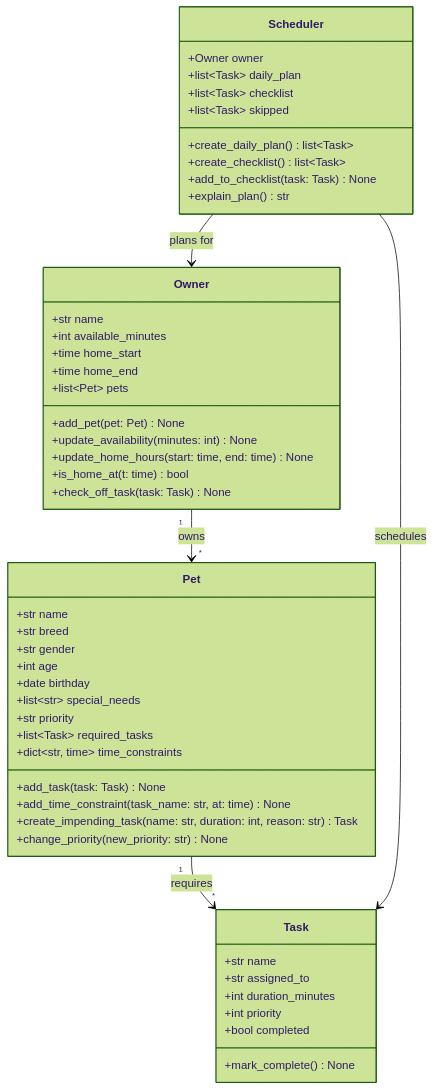
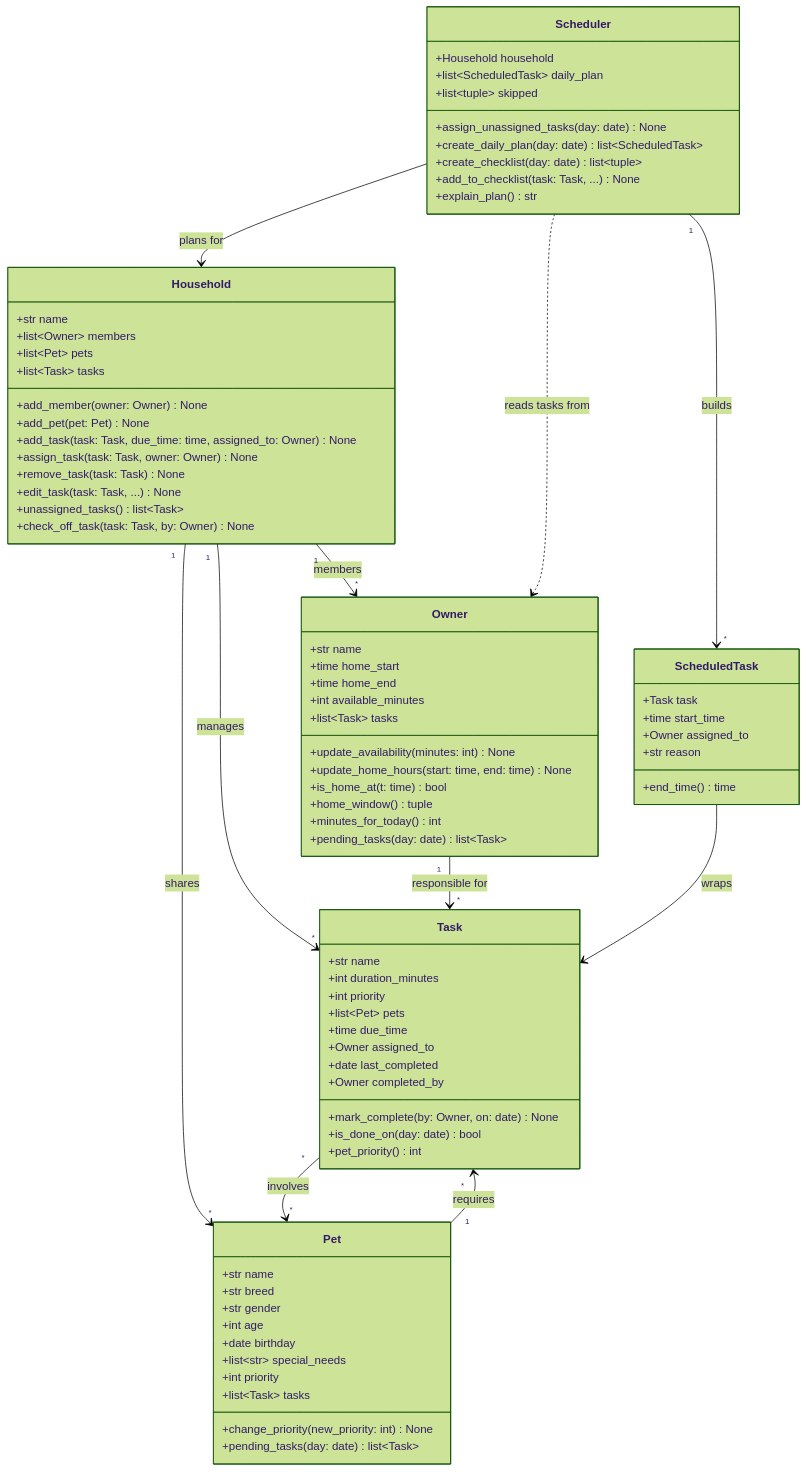
One commit to jericawan/ai110-module2show-pawpal-starter changed the diagram in diagrams/uml_draft.mmd. Above: the diagram before and after it, drawn with Mermaid (forest theme). The commit also changed 5 other files, not shown here.

```diff
--- a/diagrams/uml_draft.mmd
+++ b/diagrams/uml_draft.mmd
@@ -1,57 +1,89 @@
 classDiagram
     %% Keep this file updated so it matches your final implementation.
-    %% Task.priority: int, 1 = most important (higher number = lower priority)
+    %% Priority (Task and Pet): int, 1 = most important (higher number = lower priority)
+
+    class Household {
+        +str name
+        +list~Owner~ members
+        +list~Pet~ pets
+        +list~Task~ tasks
+        +add_member(owner: Owner) None
+        +add_pet(pet: Pet) None
+        +add_task(task: Task, due_time: time, assigned_to: Owner) None
+        +assign_task(task: Task, owner: Owner) None
+        +remove_task(task: Task) None
+        +edit_task(task: Task, ...) None
+        +unassigned_tasks() list~Task~
+        +check_off_task(task: Task, by: Owner) None
+    }
 
     class Owner {
         +str name
-        +int available_minutes
         +time home_start
         +time home_end
-        +list~Pet~ pets
-        +add_pet(pet: Pet) None
+        +int available_minutes
+        +list~Task~ tasks
         +update_availability(minutes: int) None
         +update_home_hours(start: time, end: time) None
         +is_home_at(t: time) bool
-        +check_off_task(task: Task) None
+        +home_window() tuple
+        +minutes_for_today() int
+        +pending_tasks(day: date) list~Task~
     }
 
     class Pet {
         +str name
         +str breed
         +str gender
         +int age
         +date birthday
         +list~str~ special_needs
-        +str priority
-        +list~Task~ required_tasks
-        +dict~str, time~ time_constraints
-        +add_task(task: Task) None
-        +add_time_constraint(task_name: str, at: time) None
-        +create_impending_task(name: str, duration: int, reason: str) Task
-        +change_priority(new_priority: str) None
+        +int priority
+        +list~Task~ tasks
+        +change_priority(new_priority: int) None
+        +pending_tasks(day: date) list~Task~
     }
 
     class Task {
         +str name
-        +str assigned_to
         +int duration_minutes
         +int priority
-        +bool completed
-        +mark_complete() None
+        +list~Pet~ pets
+        +time due_time
+        +Owner assigned_to
+        +date last_completed
+        +Owner completed_by
+        +mark_complete(by: Owner, on: date) None
+        +is_done_on(day: date) bool
+        +pet_priority() int
+    }
+
+    class ScheduledTask {
+        +Task task
+        +time start_time
+        +Owner assigned_to
+        +str reason
+        +end_time() time
     }
 
     class Scheduler {
-        +Owner owner
-        +list~Task~ daily_plan
-        +list~Task~ checklist
-        +list~Task~ skipped
-        +create_daily_plan() list~Task~
-        +create_checklist() list~Task~
-        +add_to_checklist(task: Task) None
+        +Household household
+        +list~ScheduledTask~ daily_plan
+        +list~tuple~ skipped
+        +assign_unassigned_tasks(day: date) None
+        +create_daily_plan(day: date) list~ScheduledTask~
+        +create_checklist(day: date) list~tuple~
+        +add_to_checklist(task: Task, ...) None
         +explain_plan() str
     }
 
-    Owner "1" --> "*" Pet : owns
+    Household "1" --> "*" Owner : members
+    Household "1" --> "*" Pet : shares
+    Household "1" --> "*" Task : manages
+    Owner "1" --> "*" Task : responsible for
     Pet "1" --> "*" Task : requires
-    Scheduler --> Owner : plans for
-    Scheduler --> Task : schedules
+    Task "*" --> "*" Pet : involves
+    Scheduler --> Household : plans for
+    Scheduler ..> Owner : reads tasks from
+    Scheduler "1" --> "*" ScheduledTask : builds
+    ScheduledTask --> Task : wraps
```
